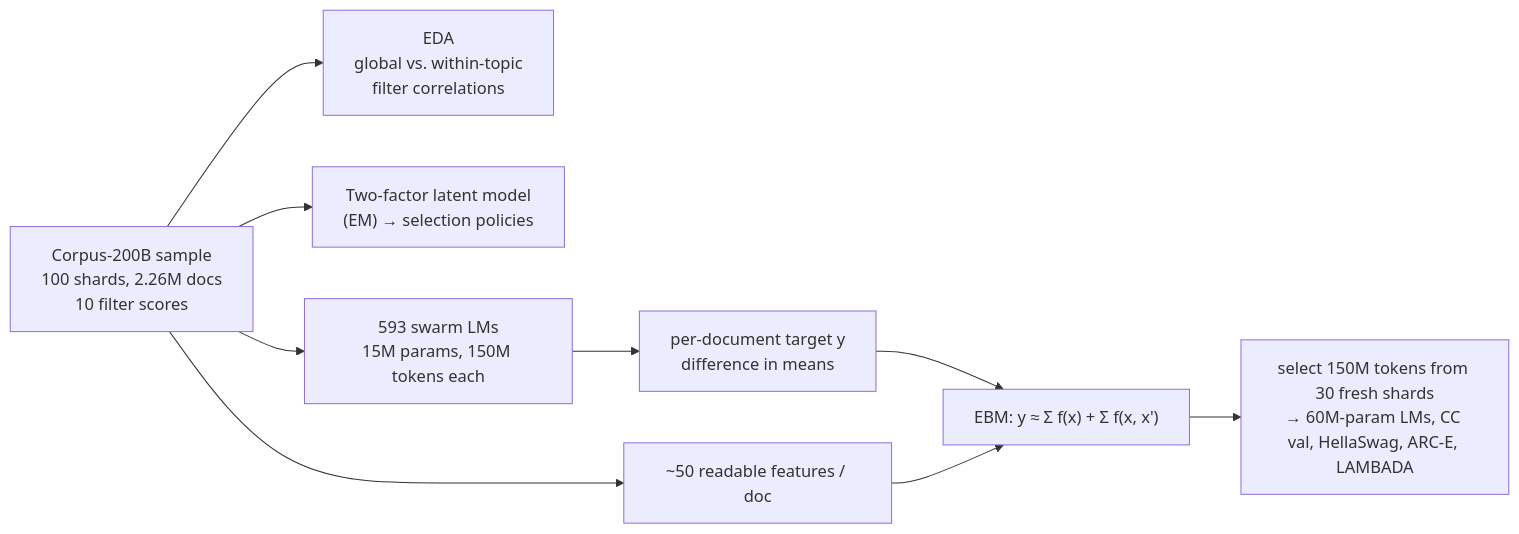
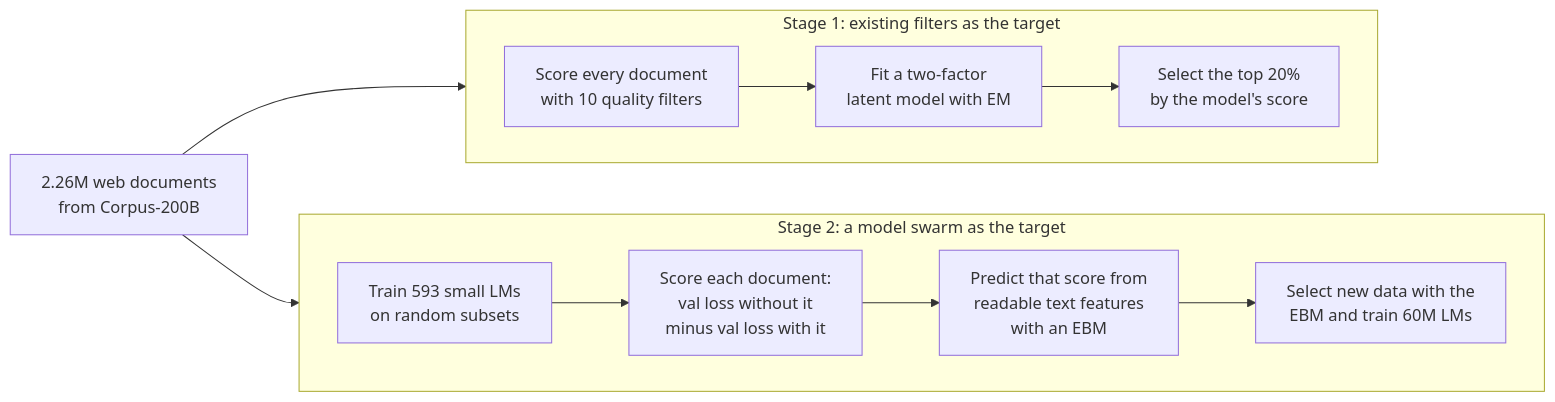
The diagram in README.md (kkaitlyn111/pretrain-quality), drawn with Mermaid before and after one commit. The commit also changed other lines of this file and 1 other file, not shown here.

Commit message:
update diagram, rename notice to sources

````diff
--- a/README.md
+++ b/README.md
@@ -12,11 +12,17 @@
 ```mermaid
 flowchart LR
-    A["Corpus-200B sample<br/>100 shards, 2.26M docs<br/>10 filter scores"] --> B["EDA<br/>global vs. within-topic<br/>filter correlations"]
-    A --> C["Two-factor latent model<br/>(EM) → selection policies"]
-    A --> D["593 swarm LMs<br/>15M params, 150M tokens each"]
-    D --> E["per-document target y<br/>difference in means"]
-    A --> F["~50 readable features / doc"]
-    E --> G["EBM: y ≈ Σ f(x) + Σ f(x, x')"]
-    F --> G
-    G --> H["select 150M tokens from 30 fresh shards<br/>→ 60M-param LMs, CC val, HellaSwag, ARC-E, LAMBADA"]
+    docs["2.26M web documents<br/>from Corpus-200B"]
+
+    subgraph s2["Stage 2: a model swarm as the target"]
+        direction LR
+        m1["Train 593 small LMs<br/>on random subsets"] --> m2["Score each document:<br/>val loss without it<br/>minus val loss with it"] --> m3["Predict that score from<br/>readable text features<br/>with an EBM"] --> m4["Select new data with the<br/>EBM and train 60M LMs"]
+    end
+
+    subgraph s1["Stage 1: existing filters as the target"]
+        direction LR
+        f1["Score every document<br/>with 10 quality filters"] --> f2["Fit a two-factor<br/>latent model with EM"] --> f3["Select the top 20%<br/>by the model's score"]
+    end
+
+    docs --> f1
+    docs --> m1
 ```
````
